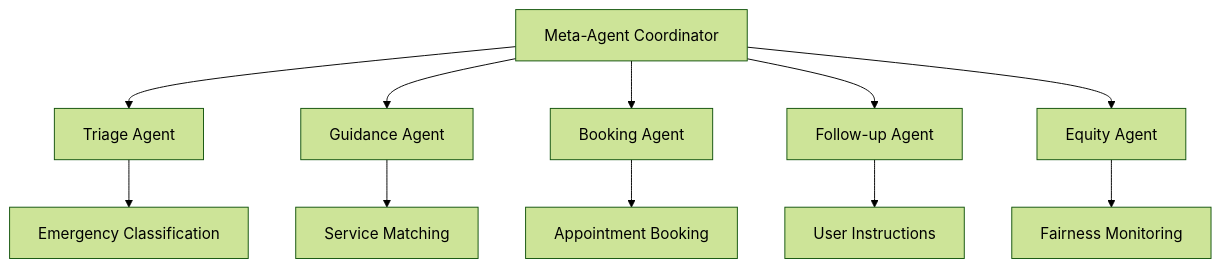
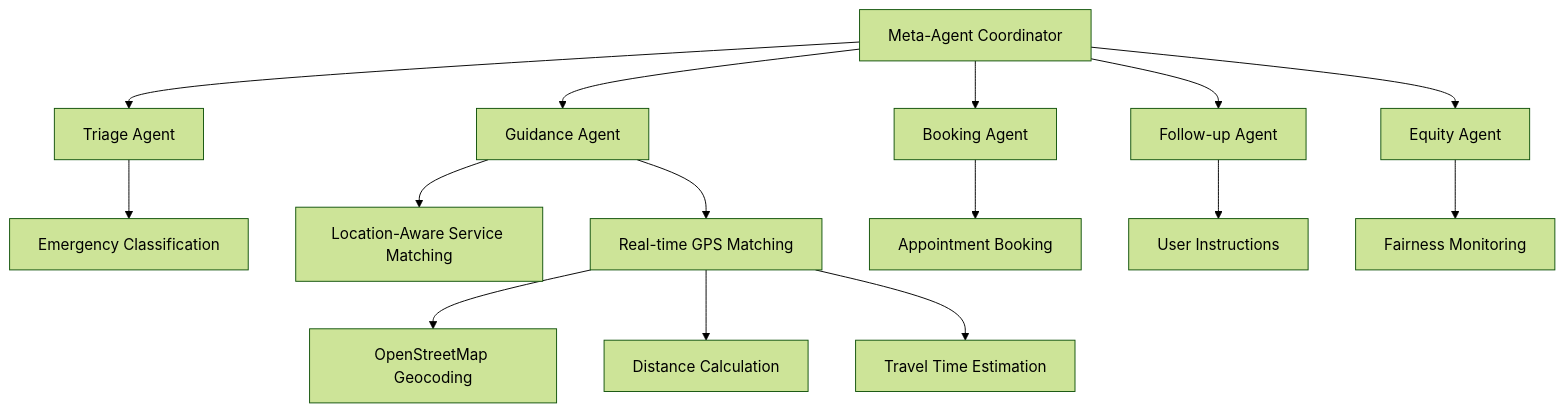
Before and after one commit to Muhammad-Saif-Ur-Rehman/frontline-worker-support-ai: the diagram in README.md, drawn with Mermaid (forest theme). The commit also changed other lines of this file and 12 other files, not shown here.

````diff
--- a/README.md
+++ b/README.md
@@ -20,14 +27,19 @@
 ```mermaid
 graph TD
     A[Meta-Agent Coordinator] --> B[Triage Agent]
     A --> C[Guidance Agent]
     A --> D[Booking Agent]
     A --> E[Follow-up Agent]
     A --> F[Equity Agent]
     
     B --> G[Emergency Classification]
-    C --> H[Service Matching]
+    C --> H[Location-Aware Service Matching]
+    C --> L[Real-time GPS Matching]
     D --> I[Appointment Booking]
     E --> J[User Instructions]
     F --> K[Fairness Monitoring]
+    
+    L --> M[OpenStreetMap Geocoding]
+    L --> N[Distance Calculation]
+    L --> O[Travel Time Estimation]
 ```
````
